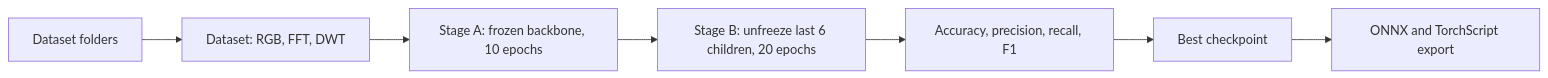
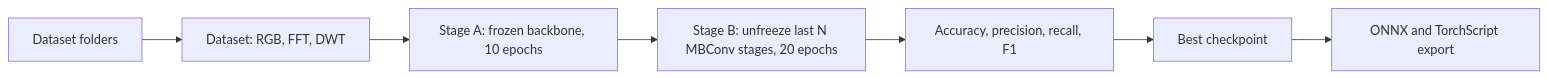
Before and after one commit to zgyj4532/opencv-screen-detector: the seventh of 8 diagrams in README.md, drawn with Mermaid. The commit also changed other lines of this file and 27 other files, not shown here.

````diff
--- a/README.md
+++ b/README.md
@@ -236,9 +246,9 @@
 ```mermaid
 flowchart LR
     Data[Dataset folders] --> Load[Dataset: RGB, FFT, DWT]
     Load --> A[Stage A: frozen backbone, 10 epochs]
-    A --> B[Stage B: unfreeze last 6 children, 20 epochs]
+    A --> B[Stage B: unfreeze last N MBConv stages, 20 epochs]
     B --> Eval[Accuracy, precision, recall, F1]
     Eval --> Best[Best checkpoint]
     Best --> Export[ONNX and TorchScript export]
 ```
````
